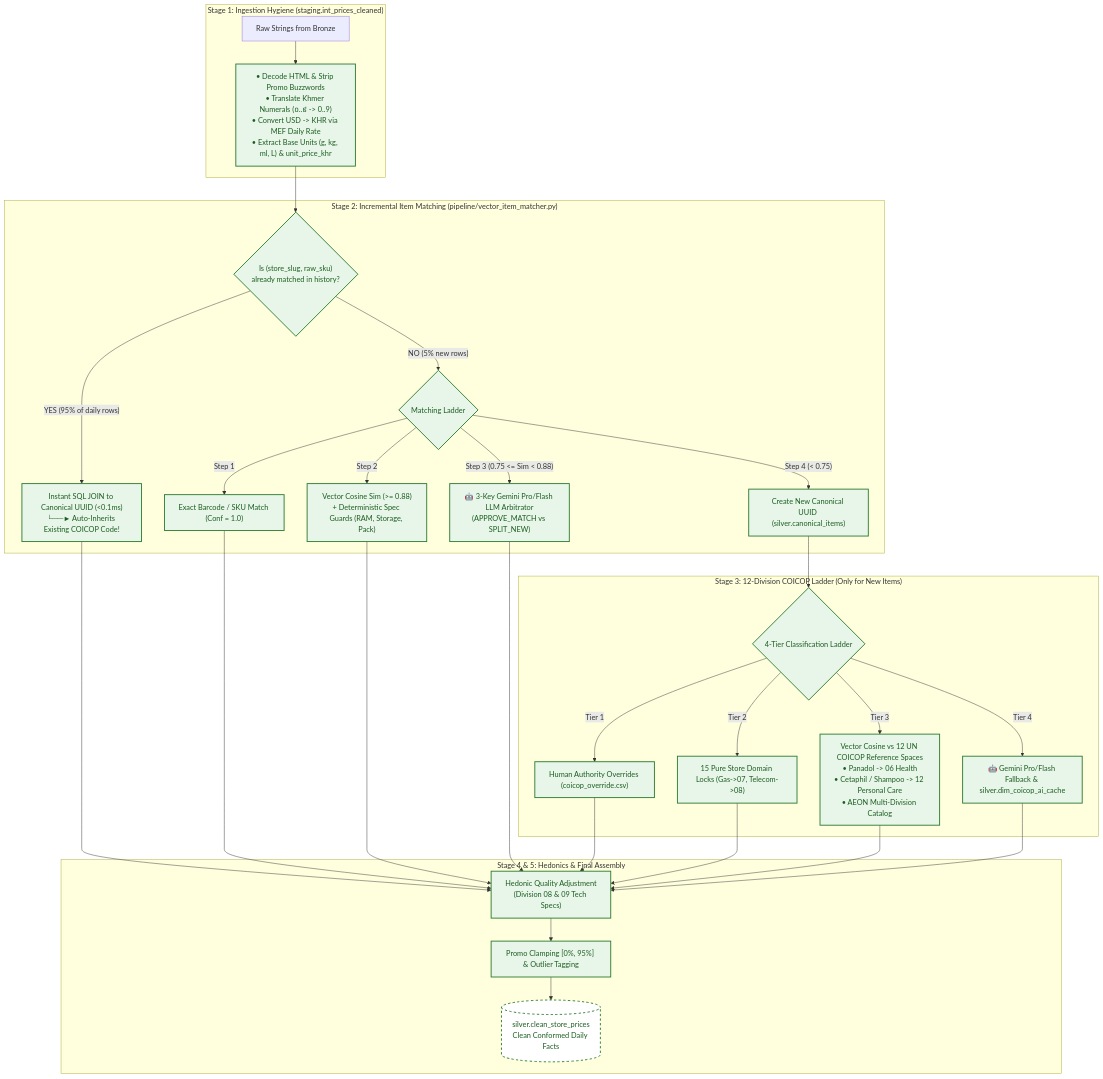
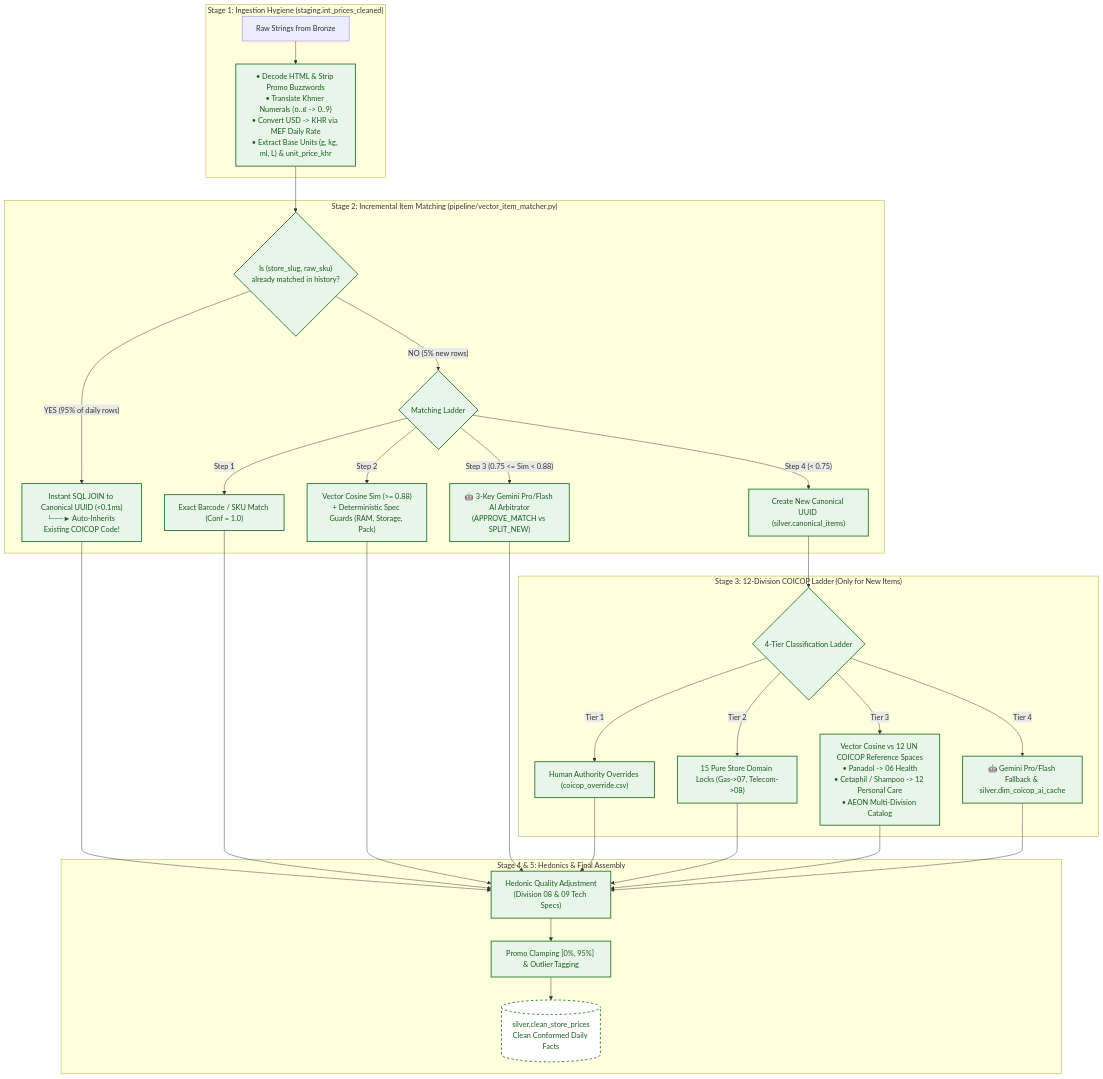
Before and after one commit to Korngmeng-Taing/Cambodia-cpi-pipeline: the third of 4 diagrams in docs/ARCHITECTURE_DIAGRAMS.md, drawn with Mermaid. The commit also changed 26 other files, not shown here.

````diff
--- a/docs/ARCHITECTURE_DIAGRAMS.md
+++ b/docs/ARCHITECTURE_DIAGRAMS.md
@@ -112,36 +112,36 @@
 ```mermaid
 flowchart TD
     subgraph Stage1["Stage 1: Ingestion Hygiene (staging.int_prices_cleaned)"]
         A1["Raw Strings from Bronze"] --> A2["• Decode HTML & Strip Promo Buzzwords\n• Translate Khmer Numerals (០..៩ -> 0..9)\n• Convert USD -> KHR via MEF Daily Rate\n• Extract Base Units (g, kg, ml, L) & unit_price_khr"]
     end
 
     subgraph Stage2["Stage 2: Incremental Item Matching (pipeline/vector_item_matcher.py)"]
         A2 --> B1{"Is (store_slug, raw_sku)\nalready matched in history?"}
         B1 -- "YES (95% of daily rows)" --> B2["Instant SQL JOIN to Canonical UUID (<0.1ms)\n└──► Auto-Inherits Existing COICOP Code!"]
         B1 -- "NO (5% new rows)" --> B3{"Matching Ladder"}
         
         B3 -- "Step 1" --> B4["Exact Barcode / SKU Match (Conf = 1.0)"]
         B3 -- "Step 2" --> B5["Vector Cosine Sim (>= 0.88)\n+ Deterministic Spec Guards (RAM, Storage, Pack)"]
-        B3 -- "Step 3 (0.75 <= Sim < 0.88)" --> B6["🤖 3-Key Gemini Pro/Flash LLM Arbitrator\n(APPROVE_MATCH vs SPLIT_NEW)"]
+        B3 -- "Step 3 (0.75 <= Sim < 0.88)" --> B6["🤖 3-Key Gemini Pro/Flash AI Arbitrator\n(APPROVE_MATCH vs SPLIT_NEW)"]
         B3 -- "Step 4 (< 0.75)" --> B7["Create New Canonical UUID (silver.canonical_items)"]
     end
 
     subgraph Stage3["Stage 3: 12-Division COICOP Ladder (Only for New Items)"]
         B7 --> C1{"4-Tier Classification Ladder"}
         C1 -- "Tier 1" --> C2["Human Authority Overrides (coicop_override.csv)"]
         C1 -- "Tier 2" --> C3["15 Pure Store Domain Locks (Gas->07, Telecom->08)"]
         C1 -- "Tier 3" --> C4["Vector Cosine vs 12 UN COICOP Reference Spaces\n• Panadol -> 06 Health\n• Cetaphil / Shampoo -> 12 Personal Care\n• AEON Multi-Division Catalog"]
         C1 -- "Tier 4" --> C5["🤖 Gemini Pro/Flash Fallback & silver.dim_coicop_ai_cache"]
     end
 
     subgraph Stage4["Stage 4 & 5: Hedonics & Final Assembly"]
         C2 & C3 & C4 & C5 & B2 & B4 & B5 & B6 --> D1["Hedonic Quality Adjustment\n(Division 08 & 09 Tech Specs)"]
         D1 --> D2["Promo Clamping [0%, 95%] & Outlier Tagging"]
         D2 --> D3[("silver.clean_store_prices\nClean Conformed Daily Facts")]
     end
 
     classDef slvBox fill:#e8f5e9,stroke:#2e7d32,stroke-width:2px,color:#1b5e20;
     classDef slvTable fill:#ffffff,stroke:#2e7d32,stroke-width:2px,stroke-dasharray: 5 5,color:#1b5e20;
     class A2,B1,B2,B3,B4,B5,B6,B7,C1,C2,C3,C4,C5,D1,D2 slvBox;
     class D3 slvTable;
 ```
````
